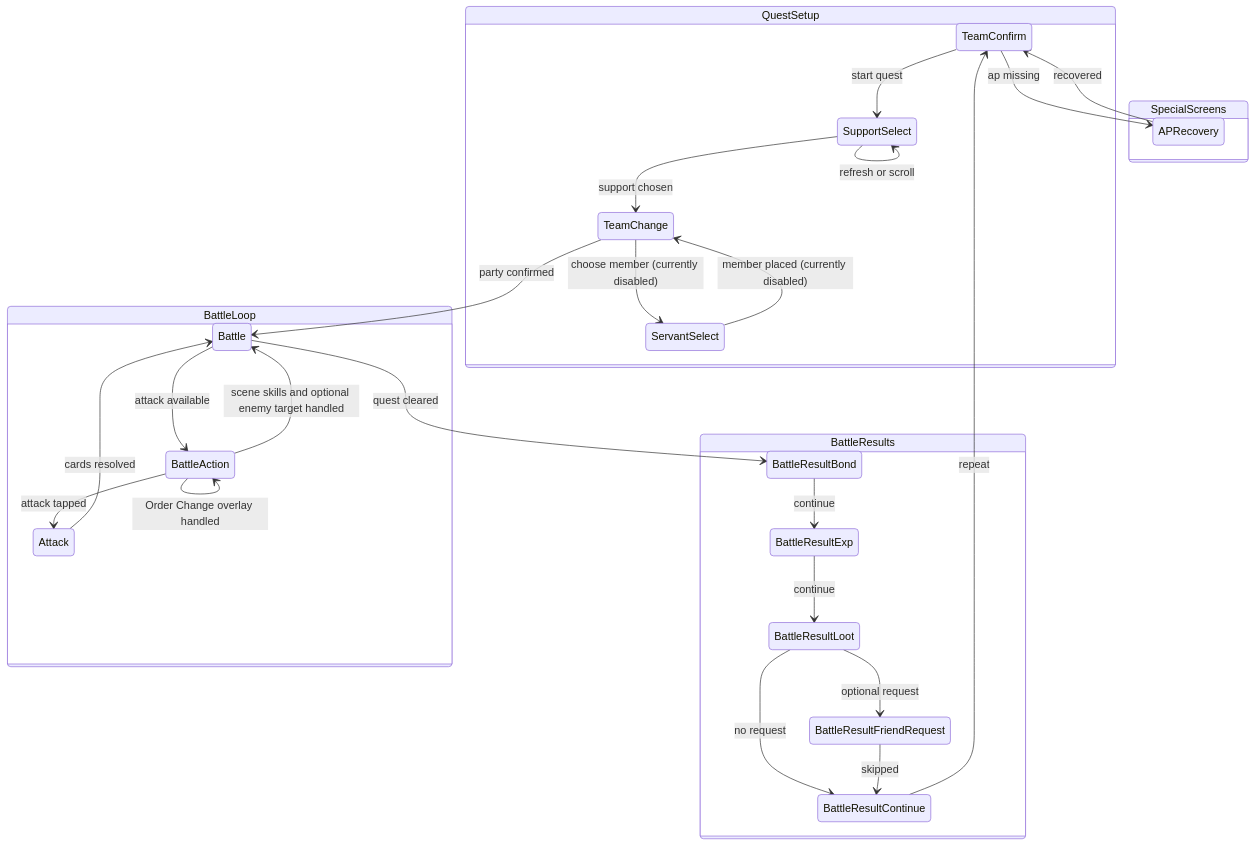
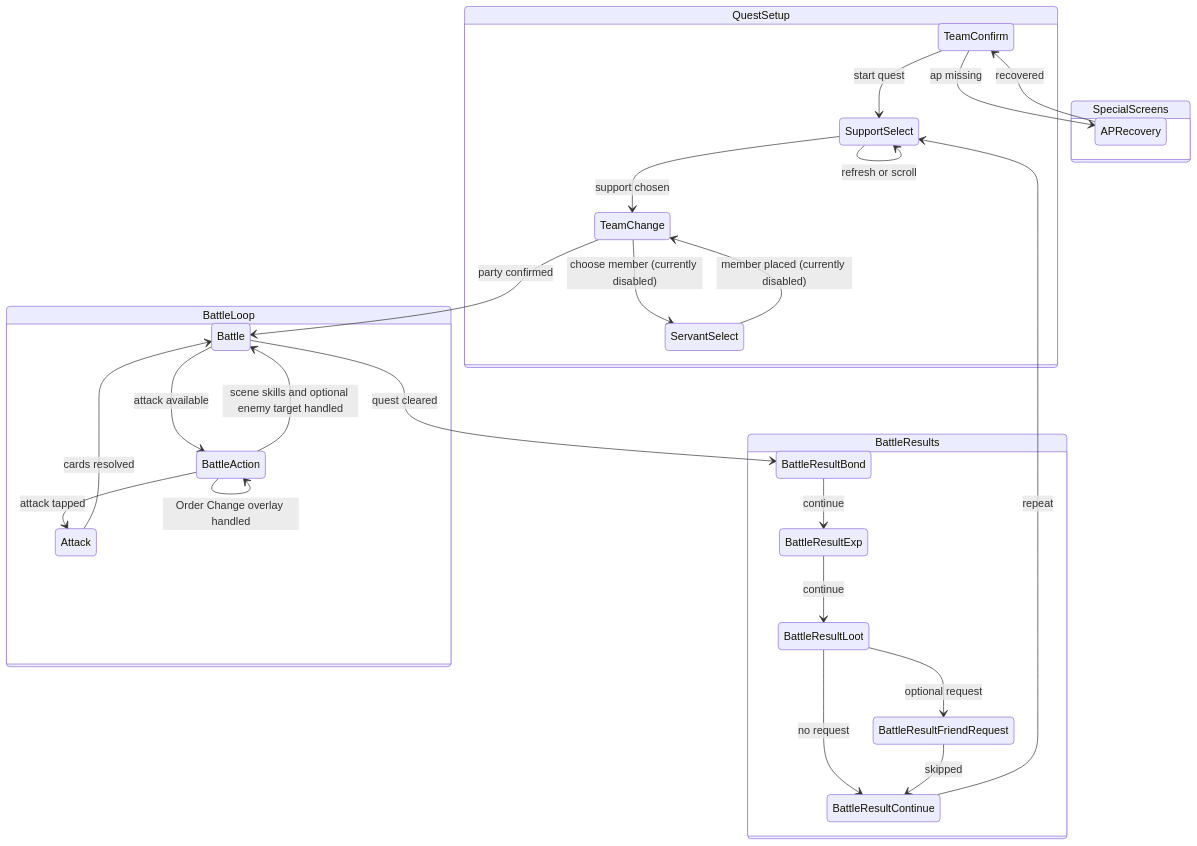
The first of 2 diagrams in docs/state-machines/battle-automation.md (ZaiZheTingDun/mash-app), drawn with Mermaid before and after one commit. The commit also changed other lines of this file and 29 other files, not shown here.

````diff
--- a/docs/state-machines/battle-automation.md
+++ b/docs/state-machines/battle-automation.md
@@ -7,51 +7,51 @@
 ```mermaid
 stateDiagram-v2
     state QuestSetup {
         TeamConfirm
         SupportSelect
         TeamChange
         ServantSelect
     }
 
     state BattleLoop {
         Battle
         BattleAction
         Attack
     }
 
     state BattleResults {
         BattleResultBond
         BattleResultExp
         BattleResultLoot
         BattleResultFriendRequest
         BattleResultContinue
     }
 
     state SpecialScreens {
         APRecovery
     }
 
     TeamConfirm --> SupportSelect: start quest
     SupportSelect --> TeamChange: support chosen
     SupportSelect --> SupportSelect: refresh or scroll
     TeamChange --> ServantSelect: choose member (currently disabled)
     ServantSelect --> TeamChange: member placed (currently disabled)
     TeamChange --> Battle: party confirmed
 
     Battle --> BattleAction: attack available
     BattleAction --> Battle: scene skills and optional enemy target handled
     BattleAction --> BattleAction: Order Change overlay handled
     BattleAction --> Attack: attack tapped
     Attack --> Battle: cards resolved
 
     Battle --> BattleResultBond: quest cleared
     BattleResultBond --> BattleResultExp: continue
     BattleResultExp --> BattleResultLoot: continue
     BattleResultLoot --> BattleResultFriendRequest: optional request
     BattleResultLoot --> BattleResultContinue: no request
     BattleResultFriendRequest --> BattleResultContinue: skipped
 
-    BattleResultContinue --> TeamConfirm: repeat
+    BattleResultContinue --> SupportSelect: repeat
     TeamConfirm --> APRecovery: ap missing
     APRecovery --> TeamConfirm: recovered
 ```
````
